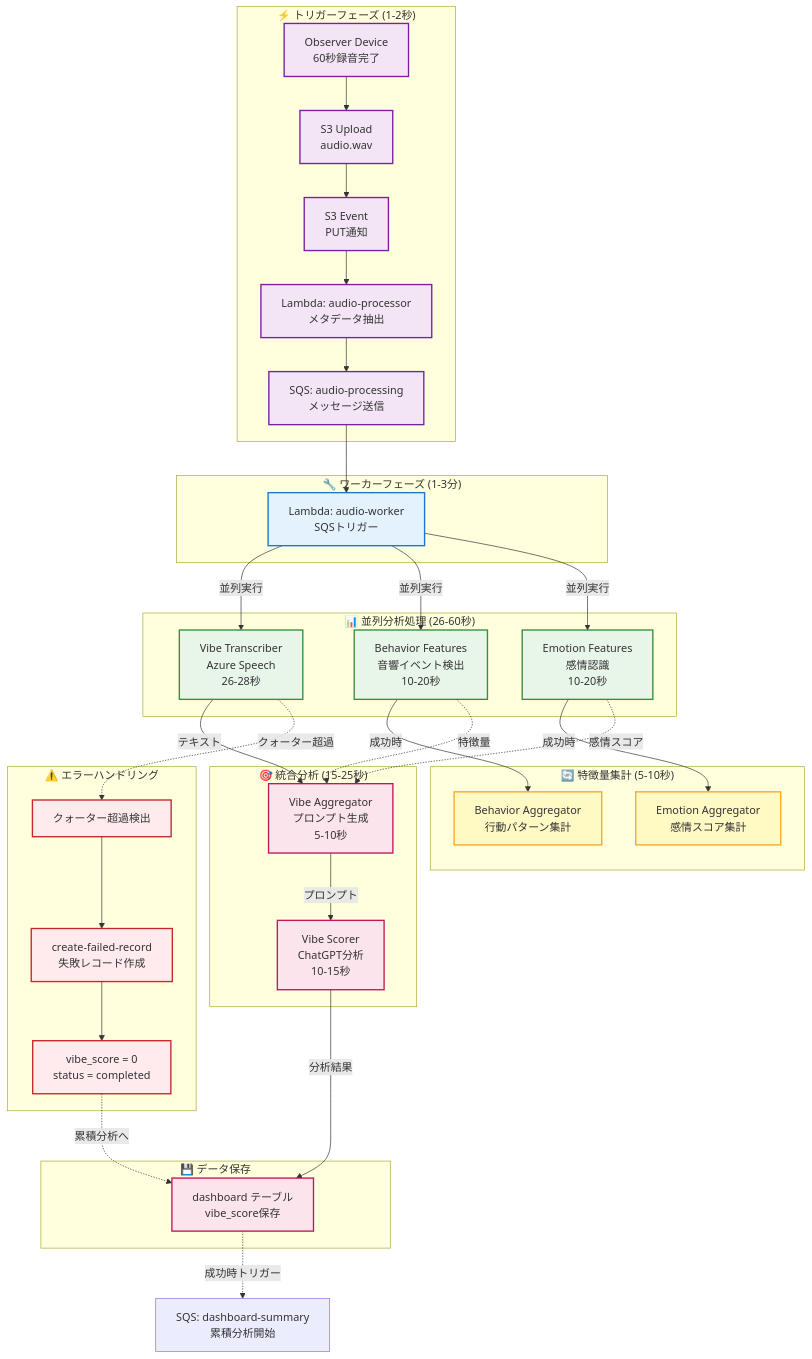
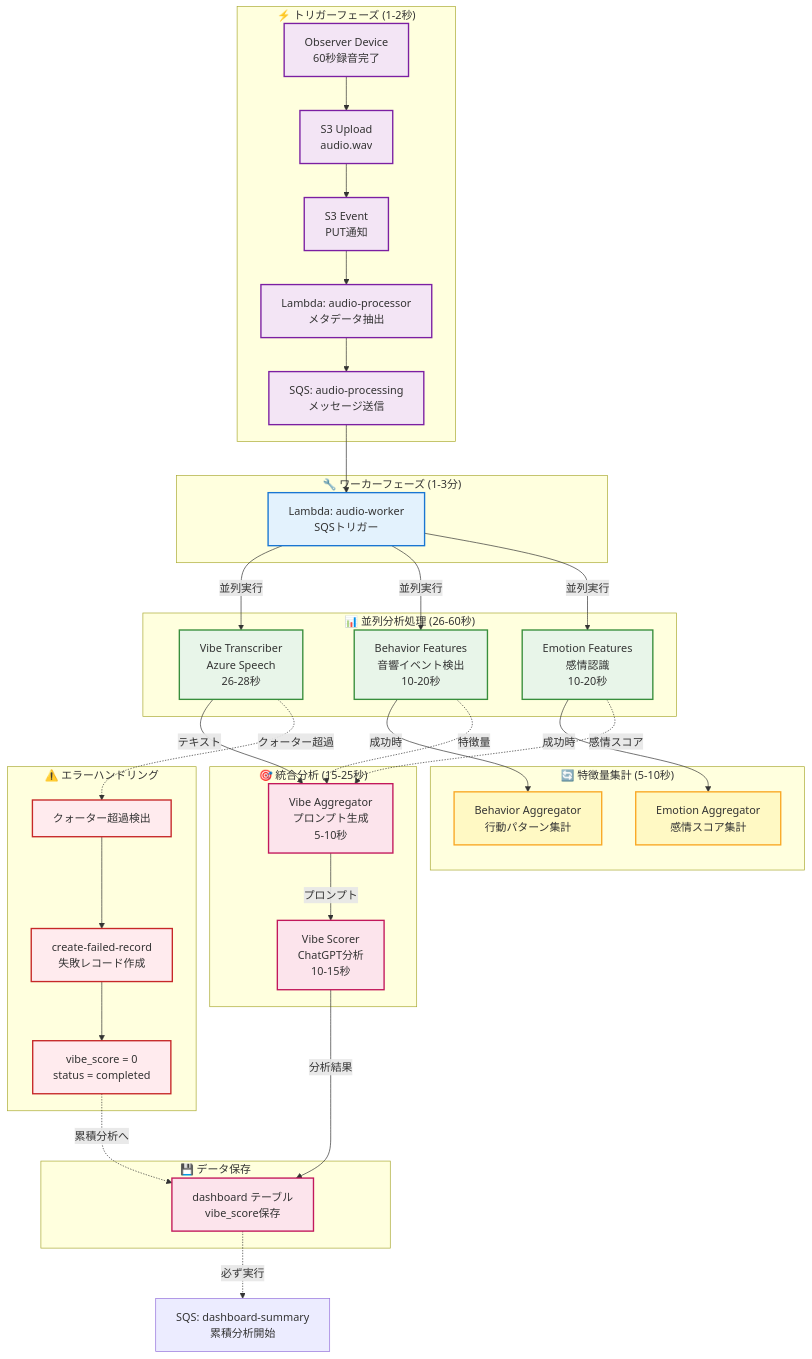
One commit to hey-watchme/server-configs changed the second of 5 diagrams in docs/PROCESSING_ARCHITECTURE.md. Above: the diagram before and after it, drawn with Mermaid. The commit also changed other lines of this file, not shown here.

````diff
--- a/docs/PROCESSING_ARCHITECTURE.md
+++ b/docs/PROCESSING_ARCHITECTURE.md
@@ -188,77 +188,77 @@
 ```mermaid
 graph TB
     subgraph Trigger["⚡ トリガーフェーズ (1-2秒)"]
         A[Observer Device<br/>60秒録音完了]
         B[S3 Upload<br/>audio.wav]
         C[S3 Event<br/>PUT通知]
         D[Lambda: audio-processor<br/>メタデータ抽出]
         E[SQS: audio-processing<br/>メッセージ送信]
     end
 
     subgraph Worker["🔧 ワーカーフェーズ (1-3分)"]
         F[Lambda: audio-worker<br/>SQSトリガー]
     end
 
     subgraph Parallel["📊 並列分析処理 (26-60秒)"]
         G1[Vibe Transcriber<br/>Azure Speech<br/>26-28秒]
         G2[Behavior Features<br/>音響イベント検出<br/>10-20秒]
         G3[Emotion Features<br/>感情認識<br/>10-20秒]
     end
 
     subgraph FeatureAgg["🔄 特徴量集計 (5-10秒)"]
         H1[Behavior Aggregator<br/>行動パターン集計]
         H2[Emotion Aggregator<br/>感情スコア集計]
     end
 
     subgraph Integration["🎯 統合分析 (15-25秒)"]
         I[Vibe Aggregator<br/>プロンプト生成<br/>5-10秒]
         J[Vibe Scorer<br/>ChatGPT分析<br/>10-15秒]
     end
 
     subgraph Storage["💾 データ保存"]
         K[dashboard テーブル<br/>vibe_score保存]
     end
 
     subgraph ErrorHandling["⚠️ エラーハンドリング"]
         L[クォーター超過検出]
         M[create-failed-record<br/>失敗レコード作成]
         N[vibe_score = 0<br/>status = completed]
     end
 
     %% 正常フロー
     A --> B --> C --> D --> E --> F
     F -->|並列実行| G1
     F -->|並列実行| G2
     F -->|並列実行| G3
 
     G2 -->|成功時| H1
     G3 -->|成功時| H2
 
     G1 -->|テキスト| I
     G2 -.->|特徴量| I
     G3 -.->|感情スコア| I
 
     I -->|プロンプト| J
     J -->|分析結果| K
 
     %% エラーフロー
     G1 -.->|クォーター超過| L
     L --> M --> N
     N -.->|累積分析へ| K
 
-    K -.->|成功時トリガー| SQS2[SQS: dashboard-summary<br/>累積分析開始]
+    K -.->|必ず実行| SQS2[SQS: dashboard-summary<br/>累積分析開始]
 
     classDef triggerStyle fill:#f3e5f5,stroke:#7b1fa2,stroke-width:2px
     classDef workerStyle fill:#e3f2fd,stroke:#1976d2,stroke-width:2px
     classDef processStyle fill:#e8f5e9,stroke:#388e3c,stroke-width:2px
     classDef aggStyle fill:#fff9c4,stroke:#f9a825,stroke-width:2px
     classDef integrationStyle fill:#fce4ec,stroke:#c2185b,stroke-width:2px
     classDef errorStyle fill:#ffebee,stroke:#c62828,stroke-width:2px
 
     class A,B,C,D,E triggerStyle
     class F workerStyle
     class G1,G2,G3 processStyle
     class H1,H2 aggStyle
     class I,J,K integrationStyle
     class L,M,N errorStyle
 ```
````
